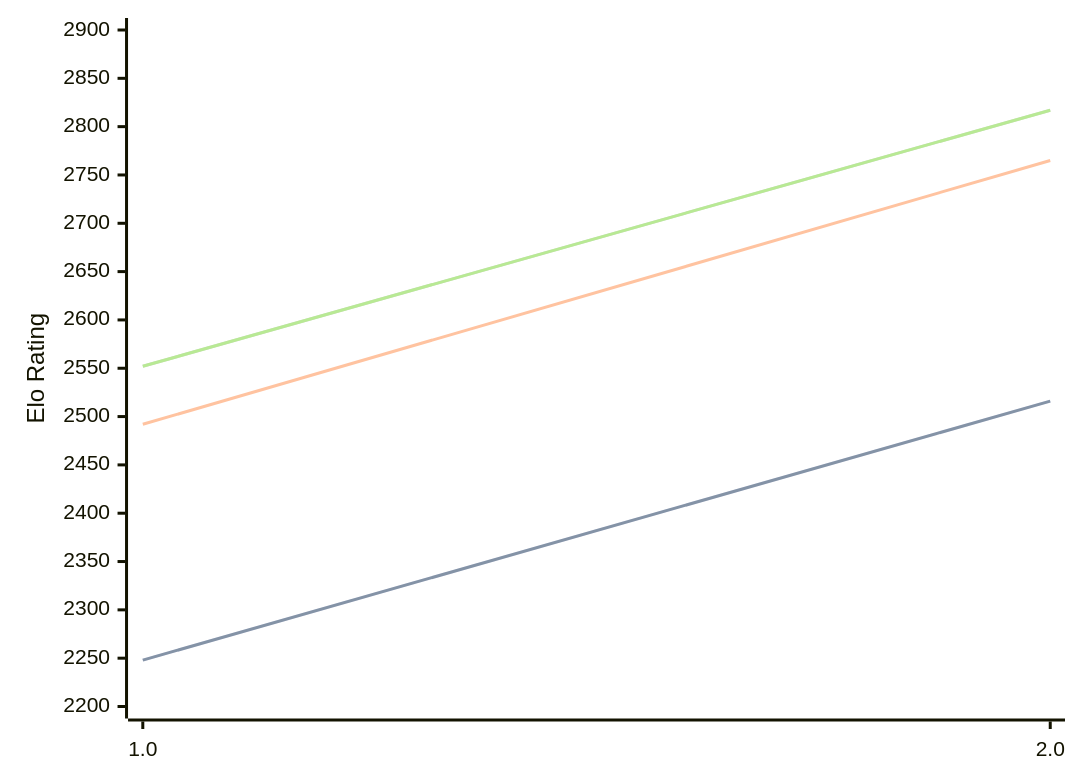
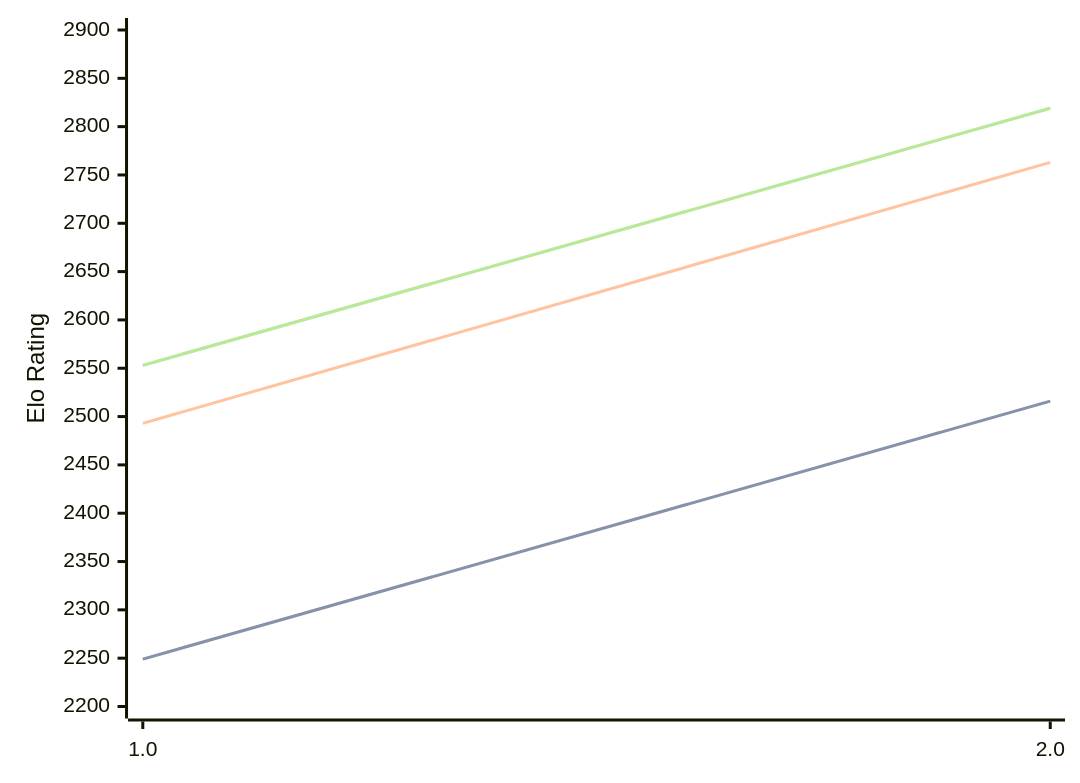
One commit to computer-chess-index/cci changed the first of 3 diagrams in engines/Revolver.md. Above: the diagram before and after it, drawn with Mermaid. The commit also changed other lines of this file, not shown here.

Commit message:
Update CCI Ratings (ELO VLTC) - 2026-06-30

````diff
--- a/engines/Revolver.md
+++ b/engines/Revolver.md
@@ -32,11 +32,11 @@
 ```mermaid
 %%{init: {"theme":"base","themeVariables":{"seriesColors:['#a3a3a3','#222221','#faa371']}}}%%
 xychart-beta
   x-axis ["1.0", "2.0"]
   y-axis "Elo Rating" 2200 --> 2900
-  line "STC (8.0+0.08s)" [2248, 2516]
-  line "STC (8.0+0.08s)" [2248, 2516]
-  line "LTC (60.0+0.60s)" [2492, 2765]
-  line "VLTC (2m24s+1.12s)" [2552, 2817]
-  line "VLTC (2m24s+1.12s)" [2552, 2817]
+  line "STC (8.0+0.08s)" [2249, 2516]
+  line "STC (8.0+0.08s)" [2249, 2516]
+  line "LTC (60.0+0.60s)" [2493, 2763]
+  line "VLTC (2m24s+1.12s)" [2553, 2819]
+  line "VLTC (2m24s+1.12s)" [2553, 2819]
 ```
````
